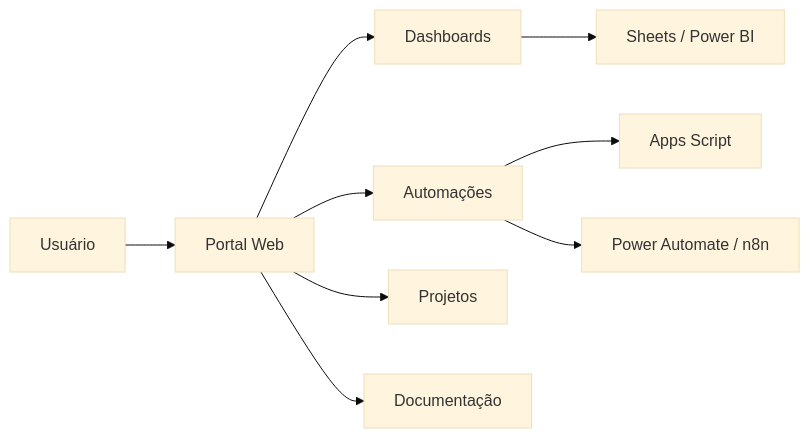
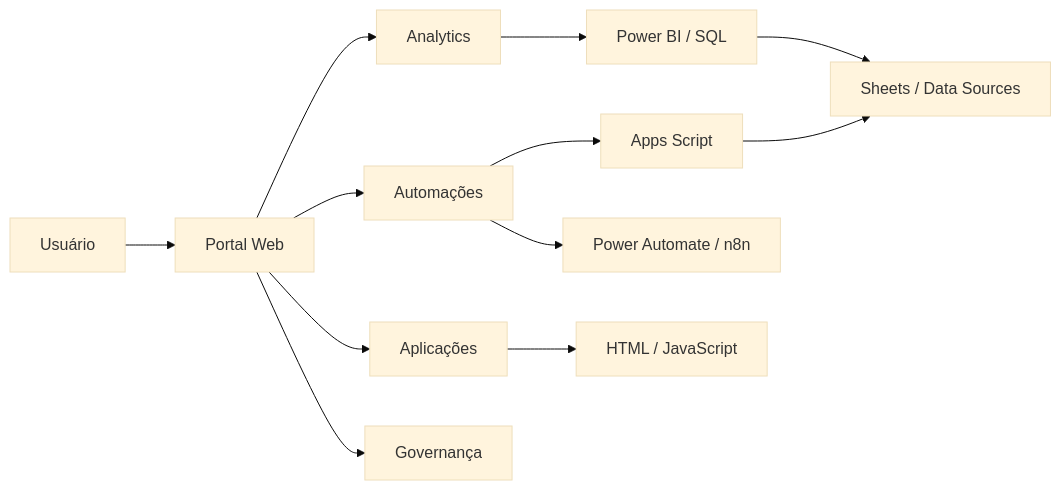
The first of 2 diagrams in portfolio/portal-automacoes/README.md (Flash0102/Flash0102), drawn with Mermaid (base theme) before and after one commit. The commit also changed other lines of this file, not shown here.

````diff
--- a/portfolio/portal-automacoes/README.md
+++ b/portfolio/portal-automacoes/README.md
@@ -28,11 +51,14 @@
 ```mermaid
 flowchart LR
     A[Usuário] --> B[Portal Web]
-    B --> C[Dashboards]
+    B --> C[Analytics]
     B --> D[Automações]
-    B --> E[Projetos]
-    B --> F[Documentação]
-    D --> G[Apps Script]
-    D --> H[Power Automate / n8n]
-    C --> I[Sheets / Power BI]
+    B --> E[Aplicações]
+    B --> F[Governança]
+    C --> G[Power BI / SQL]
+    D --> H[Apps Script]
+    D --> I[Power Automate / n8n]
+    E --> J[HTML / JavaScript]
+    G --> K[Sheets / Data Sources]
+    H --> K
 ```
````
